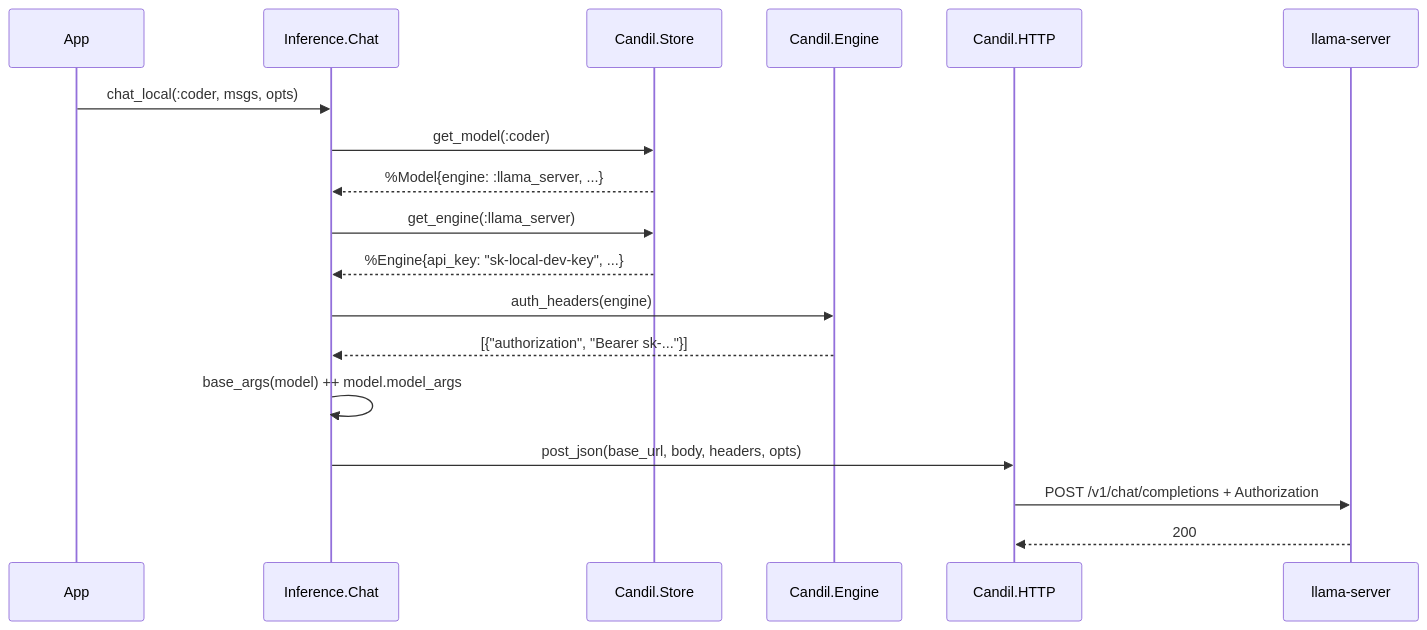
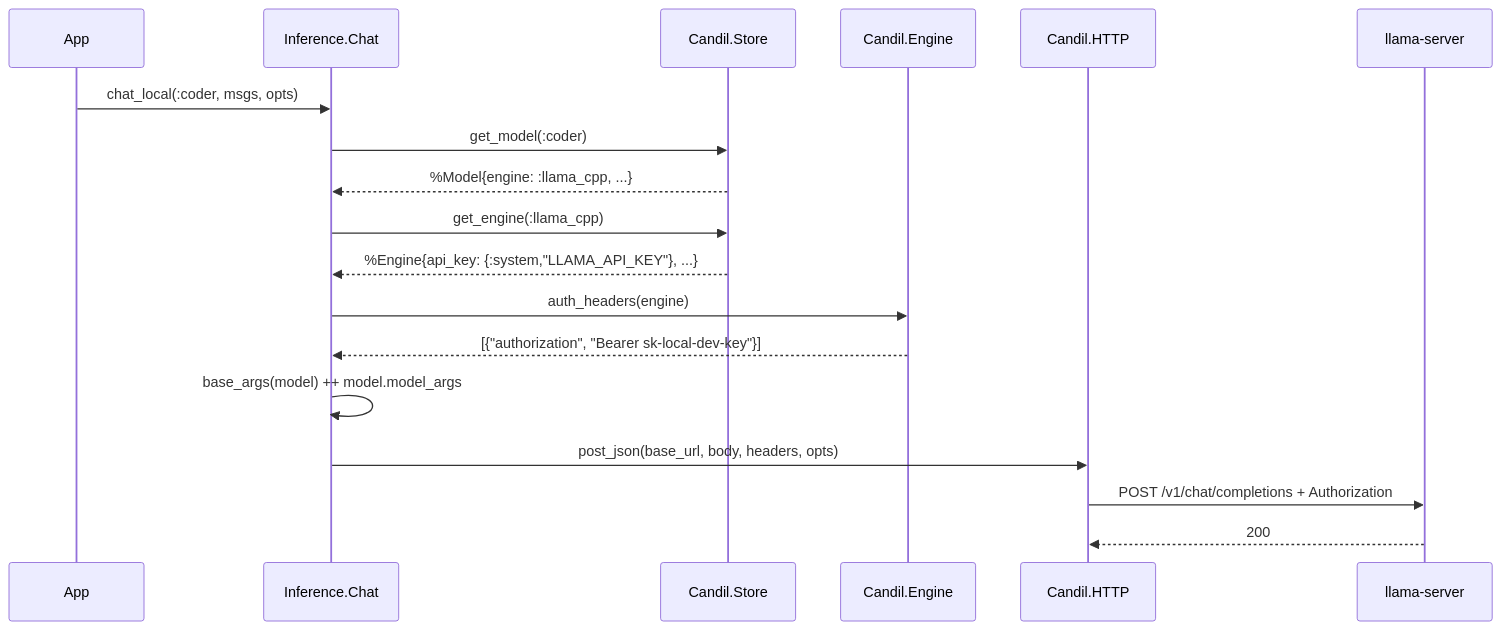
Before and after one commit to Lorenzo-SF/candil: diagram 11 of 19 in proyecto 4.0/candil-4.0-final.md, drawn with Mermaid. The commit also changed other lines of this file, not shown here.

First line of the commit message:
docs(candil): regenerate the 4.0 design document as the single source of truth

````diff
--- a/proyecto 4.0/candil-4.0-final.md
+++ b/proyecto 4.0/candil-4.0-final.md
@@ -1019,21 +1333,21 @@
 ```mermaid
 sequenceDiagram
     participant App as App
     participant Inf as Inference.Chat
-    participant Store as Candil.Store
+    participant St as Candil.Store
     participant Eng as Candil.Engine
     participant HTTP as Candil.HTTP
     participant LS as llama-server
 
     App->>Inf: chat_local(:coder, msgs, opts)
-    Inf->>Store: get_model(:coder)
-    Store-->>Inf: %Model{engine: :llama_server, ...}
-    Inf->>Store: get_engine(:llama_server)
-    Store-->>Inf: %Engine{api_key: "sk-local-dev-key", ...}
+    Inf->>St: get_model(:coder)
+    St-->>Inf: %Model{engine: :llama_cpp, ...}
+    Inf->>St: get_engine(:llama_cpp)
+    St-->>Inf: %Engine{api_key: {:system,"LLAMA_API_KEY"}, ...}
     Inf->>Eng: auth_headers(engine)
-    Eng-->>Inf: [{"authorization", "Bearer sk-..."}]
+    Eng-->>Inf: [{"authorization", "Bearer sk-local-dev-key"}]
     Inf->>Inf: base_args(model) ++ model.model_args
     Inf->>HTTP: post_json(base_url, body, headers, opts)
     HTTP->>LS: POST /v1/chat/completions + Authorization
     LS-->>HTTP: 200
 ```
````
